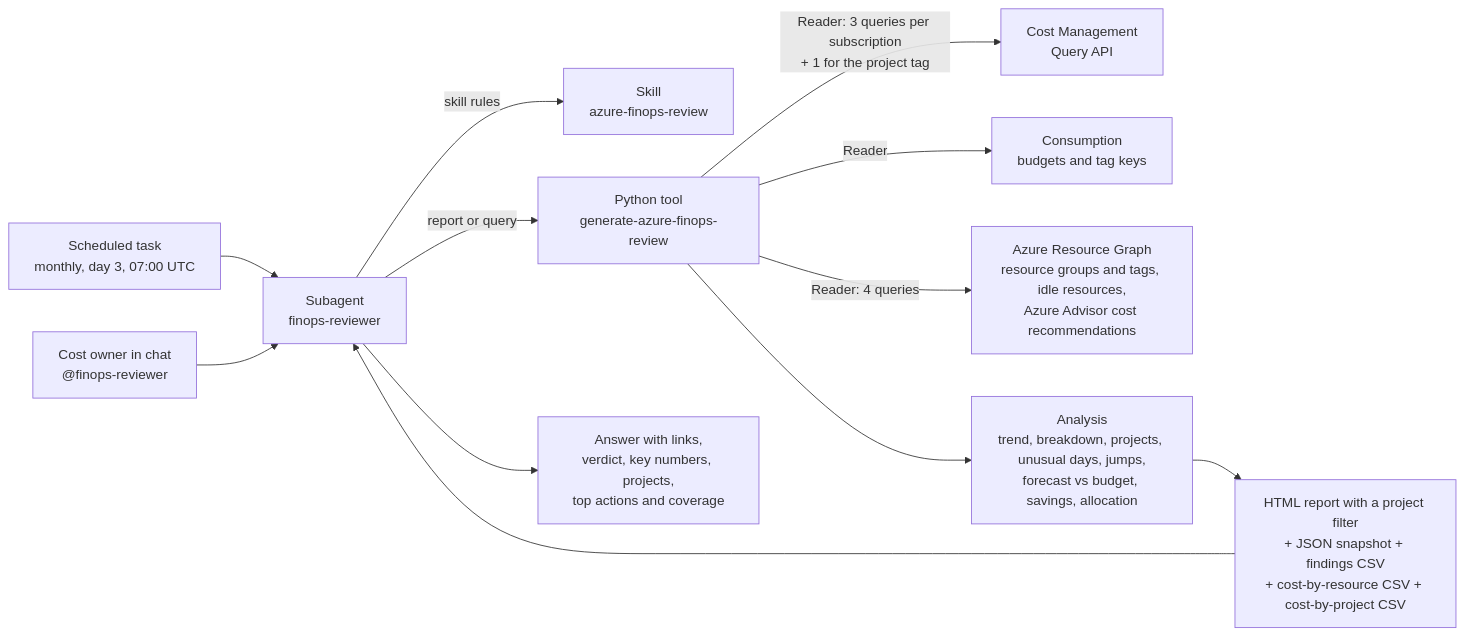
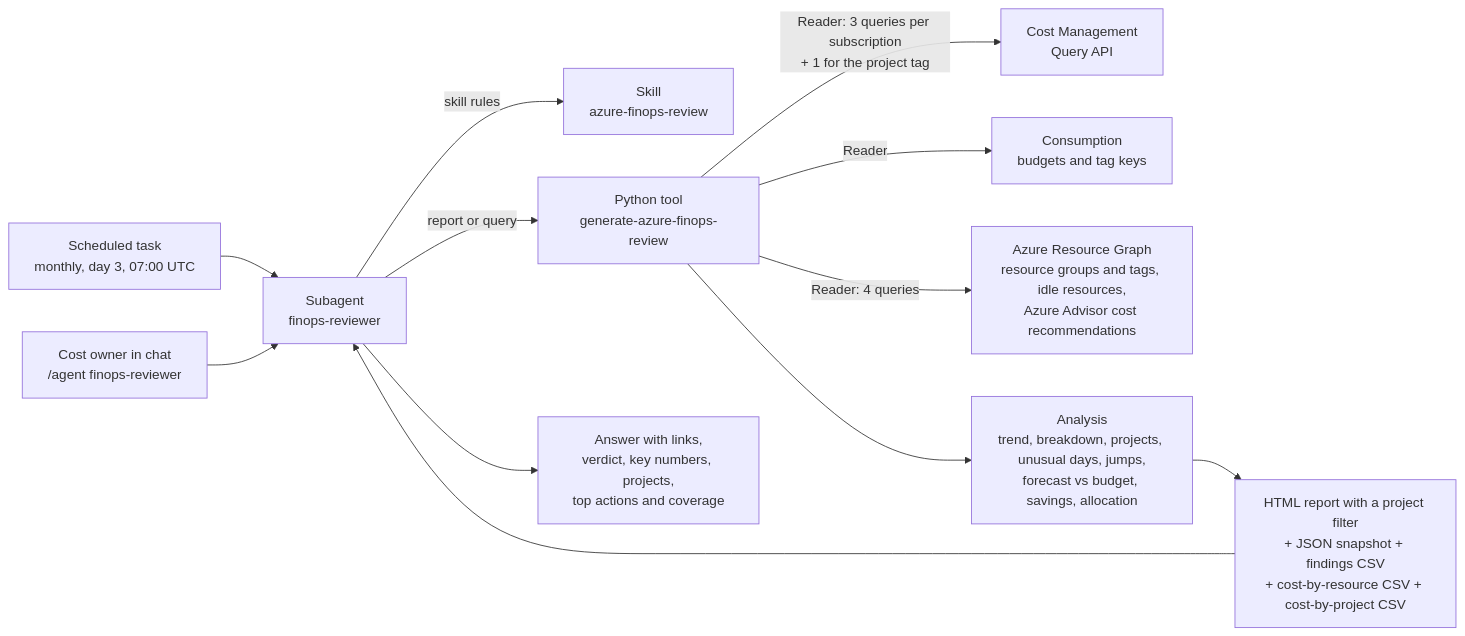
One commit to marioaguileraaa/sre-agent-use-cases changed the diagram in 15-azure-finops-monthly-review/README.md. Above: the diagram before and after it, drawn with Mermaid. The commit also changed other lines of this file and 350 other files, not shown here.

````diff
--- a/15-azure-finops-monthly-review/README.md
+++ b/15-azure-finops-monthly-review/README.md
@@ -113,14 +113,14 @@
 ```mermaid
 flowchart LR
     S[Scheduled task<br/>monthly, day 3, 07:00 UTC] --> A
-    U[Cost owner in chat<br/>@finops-reviewer] --> A
+    U[Cost owner in chat<br/>/agent finops-reviewer] --> A
     A[Subagent<br/>finops-reviewer] -->|skill rules| K[Skill<br/>azure-finops-review]
     A -->|"report or query"| T[Python tool<br/>generate-azure-finops-review]
     T -->|"Reader: 3 queries per subscription<br/>+ 1 for the project tag"| CM[Cost Management<br/>Query API]
     T -->|"Reader"| B[Consumption<br/>budgets and tag keys]
     T -->|"Reader: 4 queries"| ARG[Azure Resource Graph<br/>resource groups and tags, idle resources,<br/>Azure Advisor cost recommendations]
     T --> C[Analysis<br/>trend, breakdown, projects, unusual days, jumps,<br/>forecast vs budget, savings, allocation]
     C --> R[HTML report with a project filter<br/>+ JSON snapshot + findings CSV<br/>+ cost-by-resource CSV + cost-by-project CSV]
     R --> A
     A --> O[Answer with links,<br/>verdict, key numbers, projects,<br/>top actions and coverage]
 ```
````
